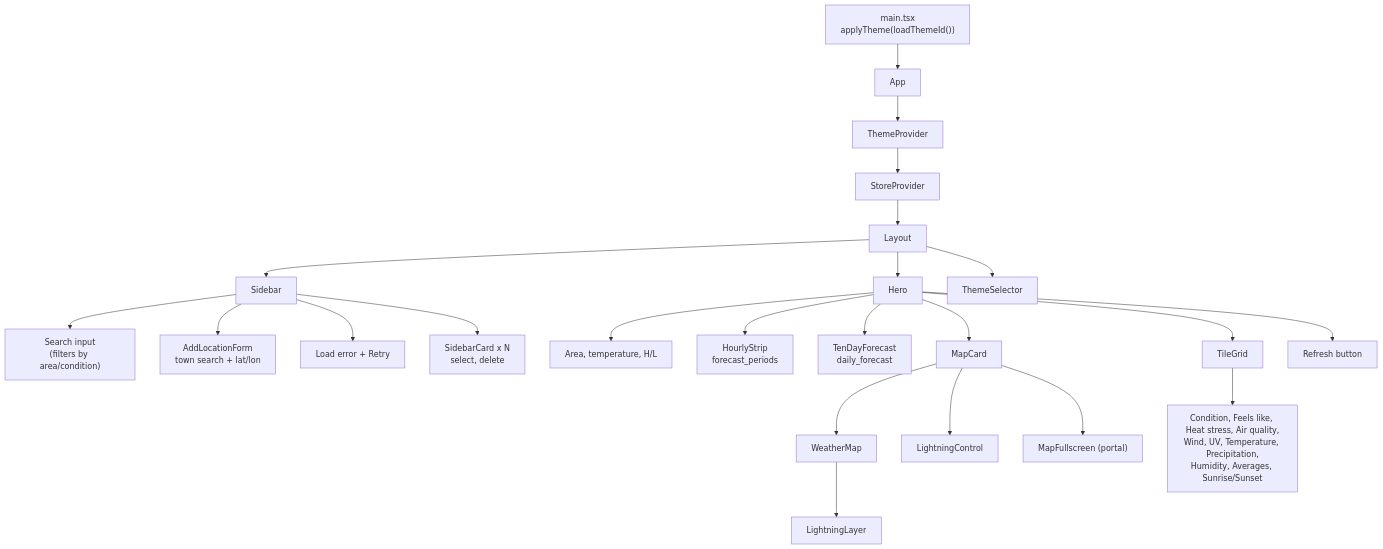
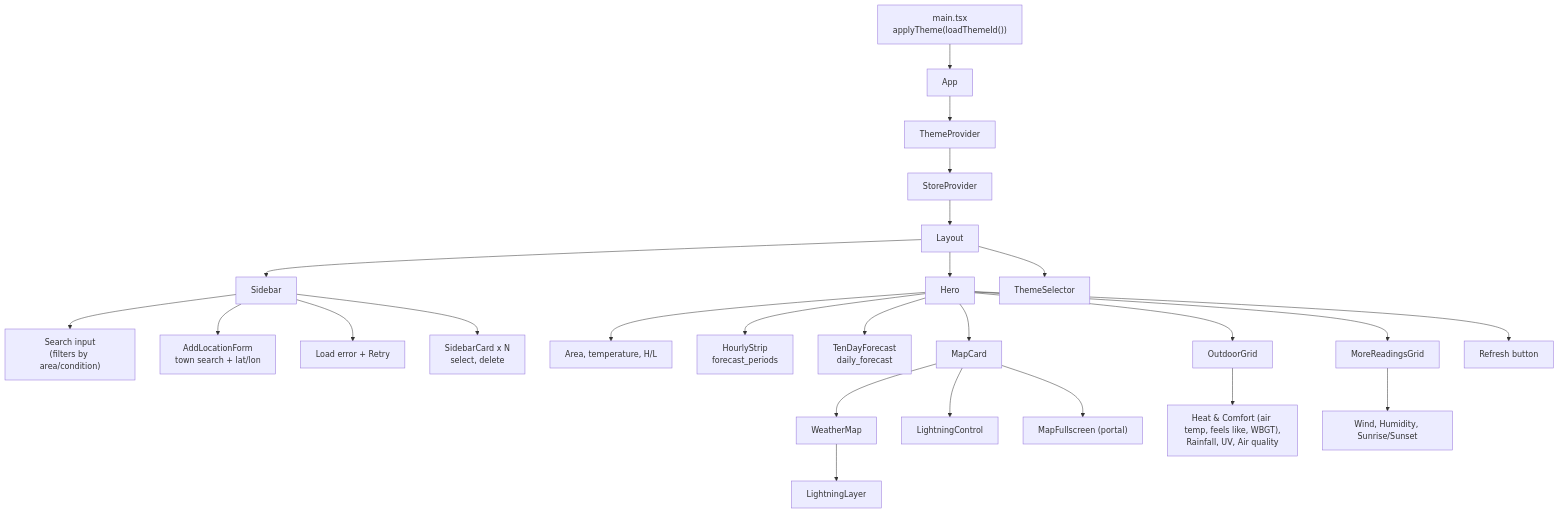
Before and after one commit to chuan77/AIxTech-SG-Weather: the first of 2 diagrams in docs/src/content/docs/frontend/overview.md, drawn with Mermaid. The commit also changed 43 other files, not shown here.

````diff
--- a/docs/src/content/docs/frontend/overview.md
+++ b/docs/src/content/docs/frontend/overview.md
@@ -12,28 +12,30 @@
 ```mermaid
 flowchart TD
   main["main.tsx<br/>applyTheme(loadThemeId())"] --> App
   App --> ThemeProvider --> StoreProvider --> Layout
 
   Layout --> Sidebar
   Layout --> Hero
   Layout --> ThemeSelector
 
   Sidebar --> Search["Search input<br/>(filters by area/condition)"]
   Sidebar --> AddLocationForm["AddLocationForm<br/>town search + lat/lon"]
   Sidebar --> LoadError["Load error + Retry"]
   Sidebar --> SidebarCard["SidebarCard x N<br/>select, delete"]
 
   Hero --> Header["Area, temperature, H/L"]
   Hero --> HourlyStrip["HourlyStrip<br/>forecast_periods"]
   Hero --> TenDayForecast["TenDayForecast<br/>daily_forecast"]
   Hero --> MapCard
-  Hero --> TileGrid
+  Hero --> OutdoorGrid
+  Hero --> MoreReadingsGrid
   Hero --> RefreshBtn["Refresh button"]
 
   MapCard --> WeatherMap
   MapCard --> LightningControl
   MapCard --> MapFullscreen["MapFullscreen (portal)"]
   WeatherMap --> LightningLayer
 
-  TileGrid --> Tiles["Condition, Feels like, Heat stress, Air quality,<br/>Wind, UV, Temperature, Precipitation,<br/>Humidity, Averages, Sunrise/Sunset"]
+  OutdoorGrid --> Outdoor["Heat & Comfort (air temp, feels like, WBGT),<br/>Rainfall, UV, Air quality"]
+  MoreReadingsGrid --> More["Wind, Humidity, Sunrise/Sunset"]
 ```
````
